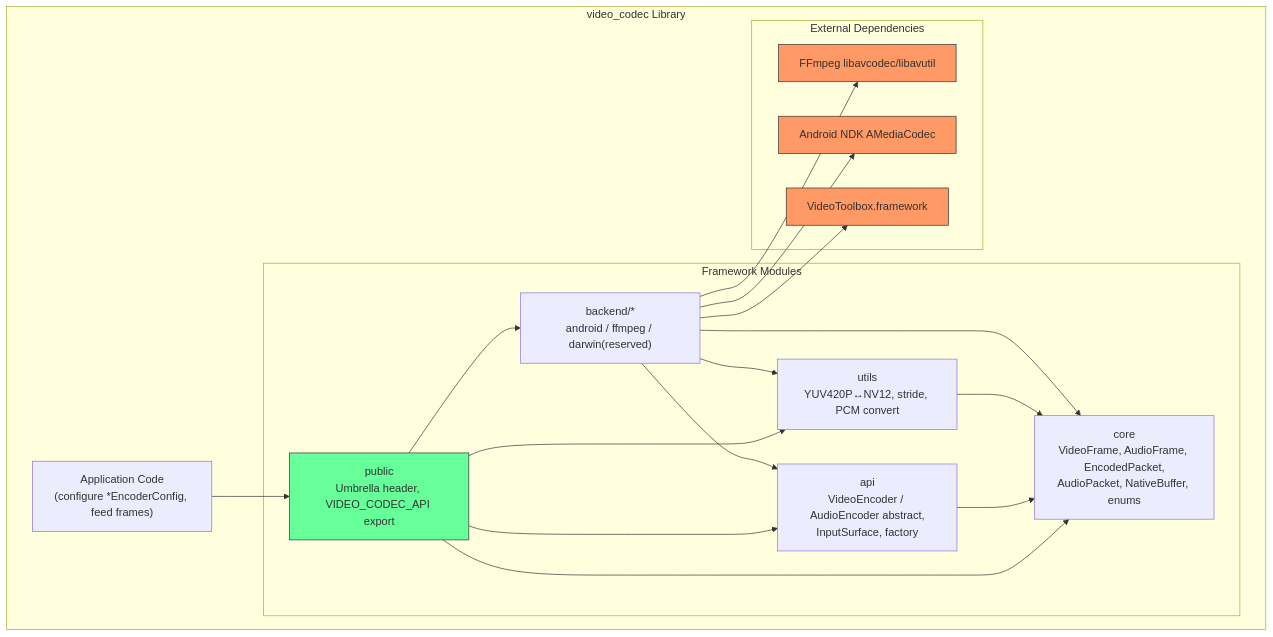
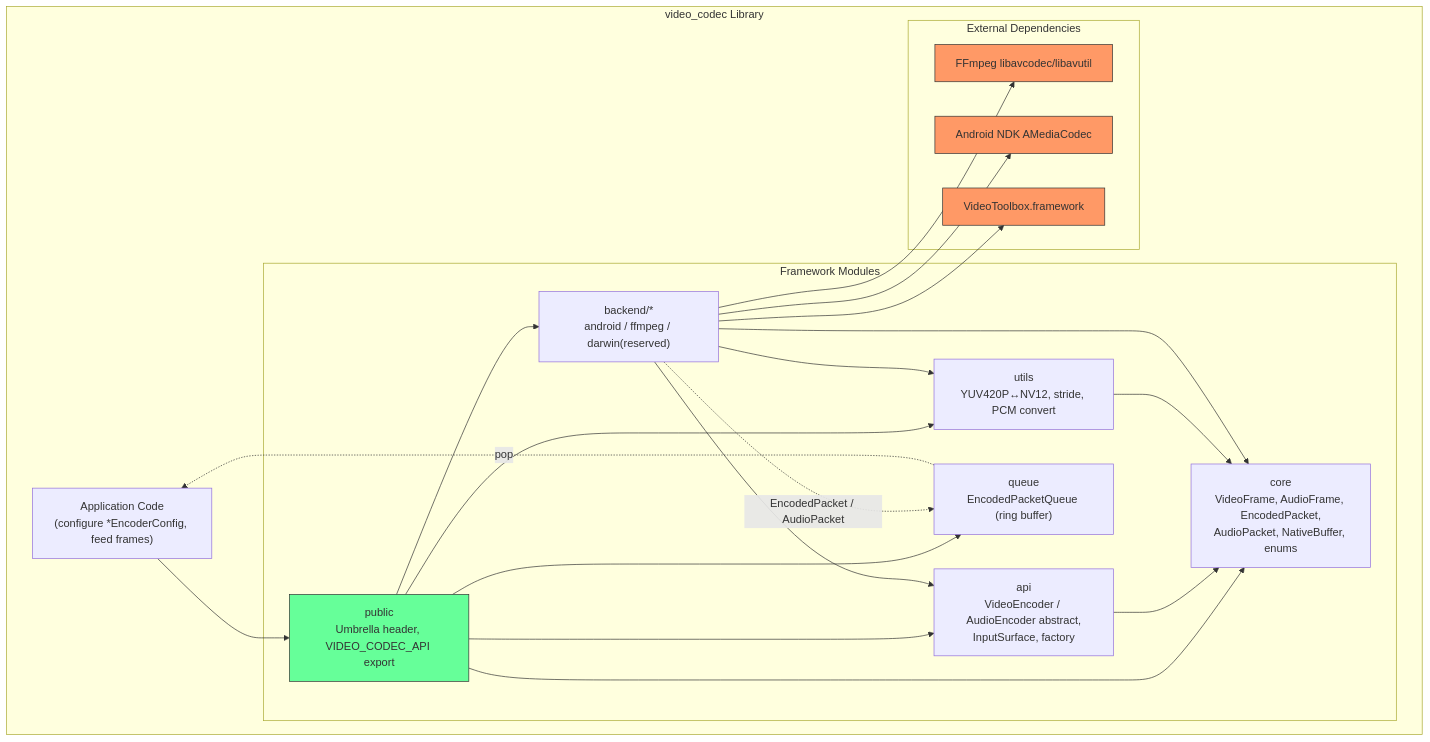
Before and after one commit to oxsource/video_codec: the first of 7 diagrams in specs/002-architecture-engineering-design/plan.md, drawn with Mermaid. The commit also changed other lines of this file and 7 other files, not shown here.

First line of the commit message:
feat(002): design encoder→consumer ring-buffer output transport

````diff
--- a/specs/002-architecture-engineering-design/plan.md
+++ b/specs/002-architecture-engineering-design/plan.md
@@ -130,39 +133,43 @@
 ```mermaid
 graph TD
     subgraph "video_codec Library"
         APP["Application Code<br/>(configure *EncoderConfig, feed frames)"]
 
         subgraph "Framework Modules"
             CORE["core<br/>VideoFrame, AudioFrame, EncodedPacket,<br/>AudioPacket, NativeBuffer, enums"]
             API["api<br/>VideoEncoder / AudioEncoder abstract,<br/>InputSurface, factory"]
             UTILS["utils<br/>YUV420P↔NV12, stride, PCM convert"]
             BFF["backend/*<br/>android / ffmpeg / darwin(reserved)"]
+            QUEUE["queue<br/>EncodedPacketQueue (ring buffer)"]
             PUBLIC["public<br/>Umbrella header, VIDEO_CODEC_API export"]
         end
 
         subgraph "External Dependencies"
             FFMPEG["FFmpeg libavcodec/libavutil"]
             NDK["Android NDK AMediaCodec"]
             VT["VideoToolbox.framework"]
         end
 
         APP --> PUBLIC
         PUBLIC --> API
         PUBLIC --> CORE
         PUBLIC --> UTILS
         PUBLIC --> BFF
+        PUBLIC --> QUEUE
         API --> CORE
         UTILS --> CORE
         BFF --> API
         BFF --> CORE
         BFF --> UTILS
         BFF --> FFMPEG
         BFF --> NDK
         BFF --> VT
+        BFF -.->|EncodedPacket / AudioPacket| QUEUE
+        QUEUE -.->|pop| APP
     end
 
     style FFMPEG fill:#f96,stroke:#333
     style NDK fill:#f96,stroke:#333
     style VT fill:#f96,stroke:#333
     style PUBLIC fill:#6f9,stroke:#333
 ```
````
